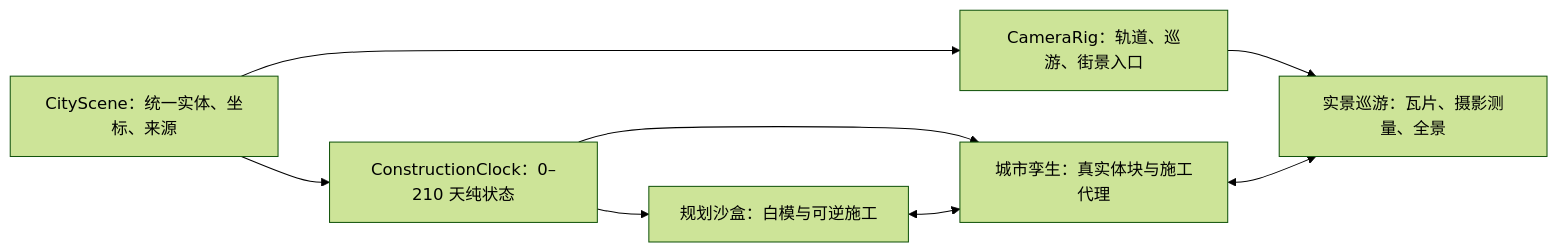
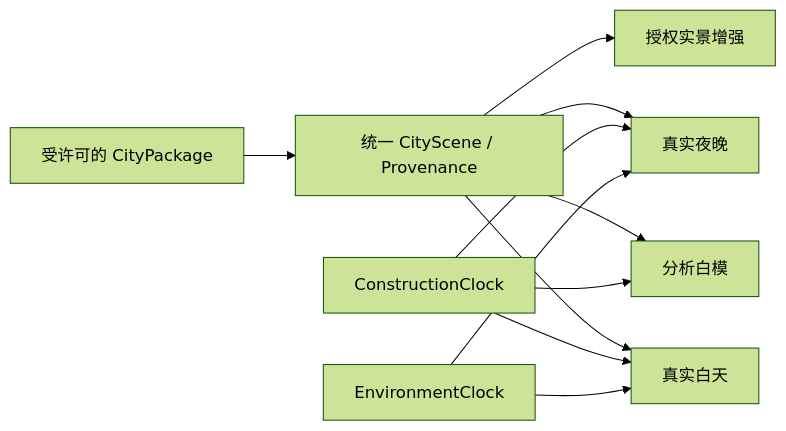
Before and after one commit to FeidaWang/Afflatus: the diagram in city.md, drawn with Mermaid (forest theme). The commit also changed other lines of this file and 239 other files, not shown here.

Commit message:
feat(cityview): stage verified Melbourne city package

````diff
--- a/city.md
+++ b/city.md
@@ -23,10 +26,13 @@
 ```mermaid
 flowchart LR
-  A["CityScene：统一实体、坐标、来源"] --> B["ConstructionClock：0–210 天纯状态"]
-  A --> C["CameraRig：轨道、巡游、街景入口"]
-  B --> D["规划沙盒：白模与可逆施工"]
-  B --> E["城市孪生：真实体块与施工代理"]
-  C --> F["实景巡游：瓦片、摄影测量、全景"]
-  D <--> E
-  E <--> F
+  A["受许可的 CityPackage"] --> B["统一 CityScene / Provenance"]
+  B --> C["分析白模"]
+  B --> D["真实白天"]
+  B --> E["真实夜晚"]
+  B --> F["授权实景增强"]
+  G["ConstructionClock"] --> C
+  G --> D
+  G --> E
+  H["EnvironmentClock"] --> D
+  H --> E
 ```
````
